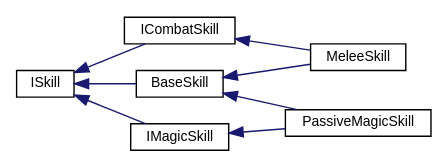
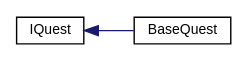
Before and after one commit to PaulSchweizer/ActionRpgKit: the diagram in inherit_graph_8.dot, drawn with Graphviz. The commit also changed 506 other files, not shown here.

```diff
--- a/inherit_graph_8.dot
+++ b/inherit_graph_8.dot
@@ -1,20 +1,10 @@
 digraph "Graphical Class Hierarchy"
 {
  // INTERACTIVE_SVG=YES
   edge [fontname="Helvetica",fontsize="10",labelfontname="Helvetica",labelfontsize="10"];
   node [fontname="Helvetica",fontsize="10",shape=record];
   rankdir="LR";
-  Node1 [label="ISkill",height=0.2,width=0.4,color="black", fillcolor="white", style="filled",URL="$d5/dc7/interface_action_rpg_kit_1_1_character_1_1_skill_1_1_i_skill.xhtml",tooltip="Interface for Skills."];
+  Node1 [label="IQuest",height=0.2,width=0.4,color="black", fillcolor="white", style="filled",URL="$dd/dd3/interface_action_rpg_kit_1_1_story_1_1_quest_1_1_i_quest.xhtml",tooltip="Interface for Quests. "];
   Node1 -> Node2 [dir="back",color="midnightblue",fontsize="10",style="solid",fontname="Helvetica"];
-  Node2 [label="BaseSkill",height=0.2,width=0.4,color="black", fillcolor="white", style="filled",URL="$dc/db7/class_action_rpg_kit_1_1_character_1_1_skill_1_1_base_skill.xhtml",tooltip="A basic Skill implementation."];
-  Node2 -> Node3 [dir="back",color="midnightblue",fontsize="10",style="solid",fontname="Helvetica"];
-  Node3 [label="MeleeSkill",height=0.2,width=0.4,color="black", fillcolor="white", style="filled",URL="$d4/d60/class_action_rpg_kit_1_1_character_1_1_skill_1_1_melee_skill.xhtml",tooltip="Allows to attack with a melee weapon."];
-  Node2 -> Node4 [dir="back",color="midnightblue",fontsize="10",style="solid",fontname="Helvetica"];
-  Node4 [label="PassiveMagicSkill",height=0.2,width=0.4,color="black", fillcolor="white", style="filled",URL="$dc/dac/class_action_rpg_kit_1_1_character_1_1_skill_1_1_passive_magic_skill.xhtml",tooltip="A passive MagicSkill adds buffs on the User itself."];
-  Node1 -> Node5 [dir="back",color="midnightblue",fontsize="10",style="solid",fontname="Helvetica"];
-  Node5 [label="ICombatSkill",height=0.2,width=0.4,color="black", fillcolor="white", style="filled",URL="$d4/dbe/interface_action_rpg_kit_1_1_character_1_1_skill_1_1_i_combat_skill.xhtml",tooltip="A Skill to be used as an Attack in Combat."];
-  Node5 -> Node3 [dir="back",color="midnightblue",fontsize="10",style="solid",fontname="Helvetica"];
-  Node1 -> Node6 [dir="back",color="midnightblue",fontsize="10",style="solid",fontname="Helvetica"];
-  Node6 [label="IMagicSkill",height=0.2,width=0.4,color="black", fillcolor="white", style="filled",URL="$d7/dd4/interface_action_rpg_kit_1_1_character_1_1_skill_1_1_i_magic_skill.xhtml",tooltip="A magic Skill costs magic energy on each use."];
-  Node6 -> Node4 [dir="back",color="midnightblue",fontsize="10",style="solid",fontname="Helvetica"];
+  Node2 [label="BaseQuest",height=0.2,width=0.4,color="black", fillcolor="white", style="filled",URL="$d8/d88/class_action_rpg_kit_1_1_story_1_1_quest_1_1_base_quest.xhtml"];
 }
```
